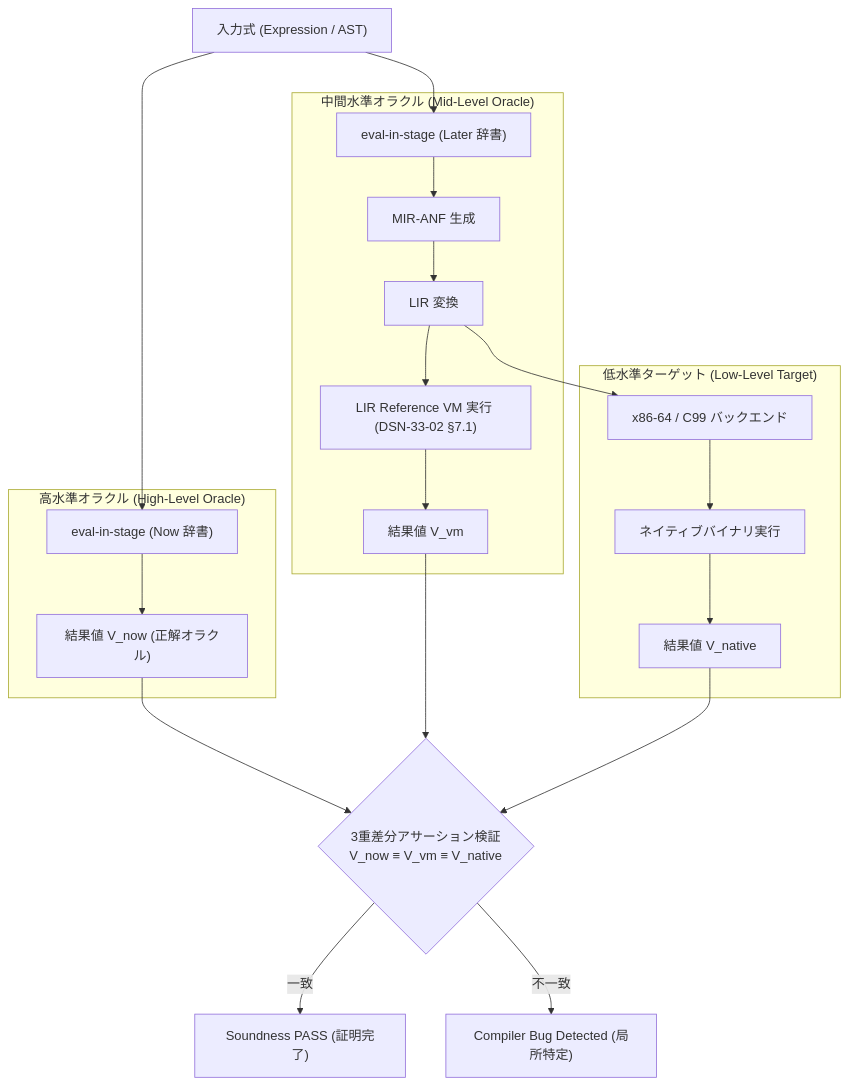
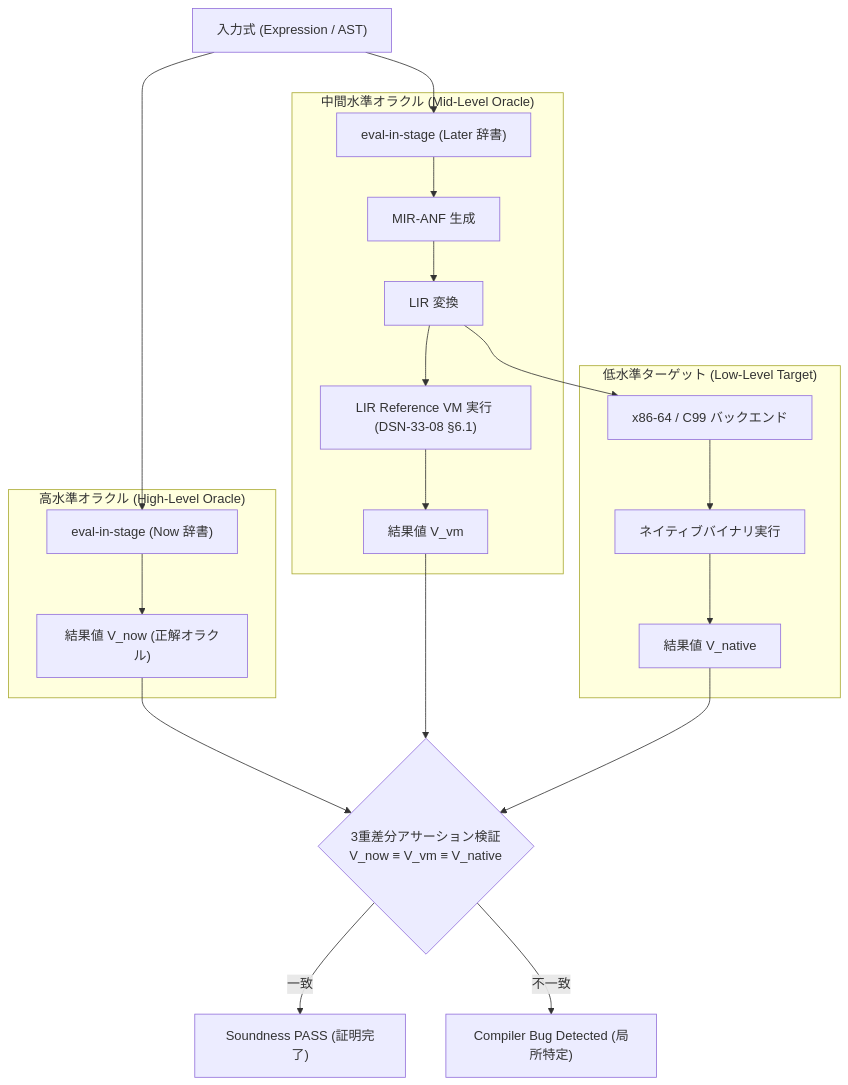
One commit to rokujyouhitoma/arxiv-security-papers changed the third of 4 diagrams in docs/designs/DSN-33-03-ulisp_stage_polymorphic_metacompiler_and_futamura_projection_architecture.md. Above: the diagram before and after it, drawn with Mermaid. The commit also changed other lines of this file and 11 other files, not shown here.

````diff
--- a/docs/designs/DSN-33-03-ulisp_stage_polymorphic_metacompiler_and_futamura_projection_architecture.md
+++ b/docs/designs/DSN-33-03-ulisp_stage_polymorphic_metacompiler_and_futamura_projection_architecture.md
@@ -350,36 +353,36 @@
 ```mermaid
 flowchart TD
     Expr["入力式 (Expression / AST)"]
     
     subgraph Layer1 ["高水準オラクル (High-Level Oracle)"]
         NowEval["eval-in-stage (Now 辞書)"]
         ValNow["結果値 V_now (正解オラクル)"]
         NowEval --> ValNow
     end
 
     subgraph Layer2 ["中間水準オラクル (Mid-Level Oracle)"]
         LaterEval["eval-in-stage (Later 辞書)"]
         MIR["MIR-ANF 生成"]
         LIR["LIR 変換"]
-        RefVM["LIR Reference VM 実行 (DSN-33-02 §7.1)"]
+        RefVM["LIR Reference VM 実行 (DSN-33-08 §6.1)"]
         ValVM["結果値 V_vm"]
         LaterEval --> MIR --> LIR --> RefVM --> ValVM
     end
 
     subgraph Layer3 ["低水準ターゲット (Low-Level Target)"]
         CodeGen["x86-64 / C99 バックエンド"]
         NativeRun["ネイティブバイナリ実行"]
         ValNative["結果値 V_native"]
         LIR --> CodeGen --> NativeRun --> ValNative
     end
 
     Expr --> NowEval
     Expr --> LaterEval
 
     DiffCheck{"3重差分アサーション検証<br/>V_now ≡ V_vm ≡ V_native"}
     ValNow --> DiffCheck
     ValVM --> DiffCheck
     ValNative --> DiffCheck
     DiffCheck -->|一致| Pass["Soundness PASS (証明完了)"]
     DiffCheck -->|不一致| Fail["Compiler Bug Detected (局所特定)"]
 ```
````
